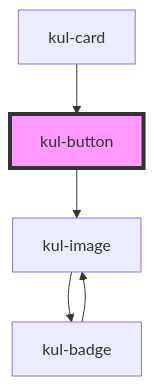
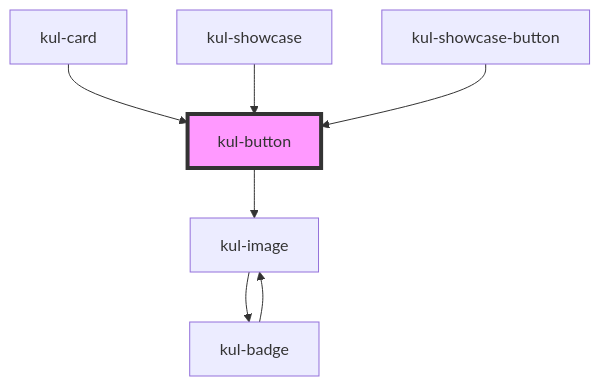
One commit to smeup/ketchup changed the diagram in packages/ketchup-lite/src/components/kul-button/readme.md. Above: the diagram before and after it, drawn with Mermaid. The commit also changed other lines of this file and 23 other files, not shown here.

Commit message:
Added button and badge to showcase.

````diff
--- a/packages/ketchup-lite/src/components/kul-button/readme.md
+++ b/packages/ketchup-lite/src/components/kul-button/readme.md
@@ -145,8 +147,10 @@
 ```mermaid
 graph TD;
   kul-button --> kul-image
   kul-image --> kul-badge
   kul-badge --> kul-image
   kul-card --> kul-button
+  kul-showcase --> kul-button
+  kul-showcase-button --> kul-button
   style kul-button fill:#f9f,stroke:#333,stroke-width:4px
 ```
````
